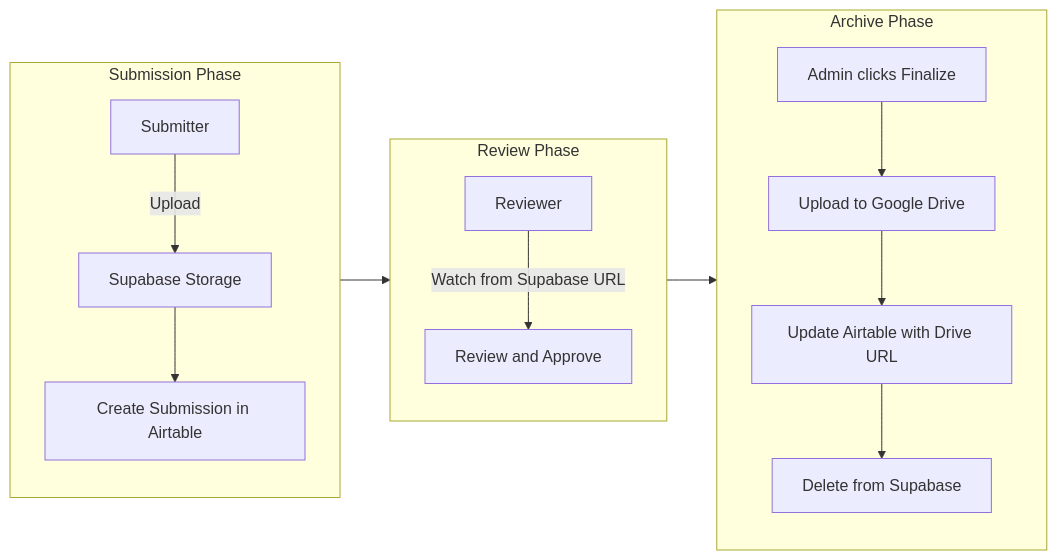
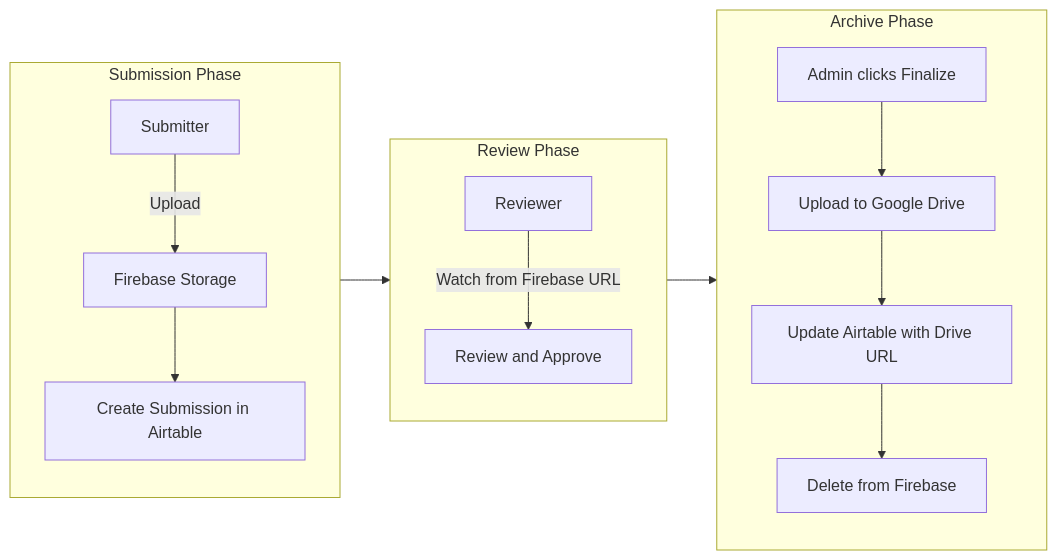
The diagram in .cursor/plans/video_upload_workflow_d67c4277.plan.md (tayawaaean/video-editing-platform), drawn with Mermaid before and after one commit. The commit also changed other lines of this file and 28 other files, not shown here.

````diff
--- a/.cursor/plans/video_upload_workflow_d67c4277.plan.md
+++ b/.cursor/plans/video_upload_workflow_d67c4277.plan.md
@@ -51,20 +54,20 @@
 ```mermaid
 flowchart LR
     subgraph submit [Submission Phase]
-        A[Submitter] -->|Upload| B[Supabase Storage]
+        A[Submitter] -->|Upload| B[Firebase Storage]
         B --> C[Create Submission in Airtable]
     end
     
     subgraph review [Review Phase]
-        D[Reviewer] -->|Watch from Supabase URL| E[Review and Approve]
+        D[Reviewer] -->|Watch from Firebase URL| E[Review and Approve]
     end
     
     subgraph archive [Archive Phase]
         F[Admin clicks Finalize] --> G[Upload to Google Drive]
         G --> H[Update Airtable with Drive URL]
-        H --> I[Delete from Supabase]
+        H --> I[Delete from Firebase]
     end
     
     submit --> review
     review --> archive
 ```
````
